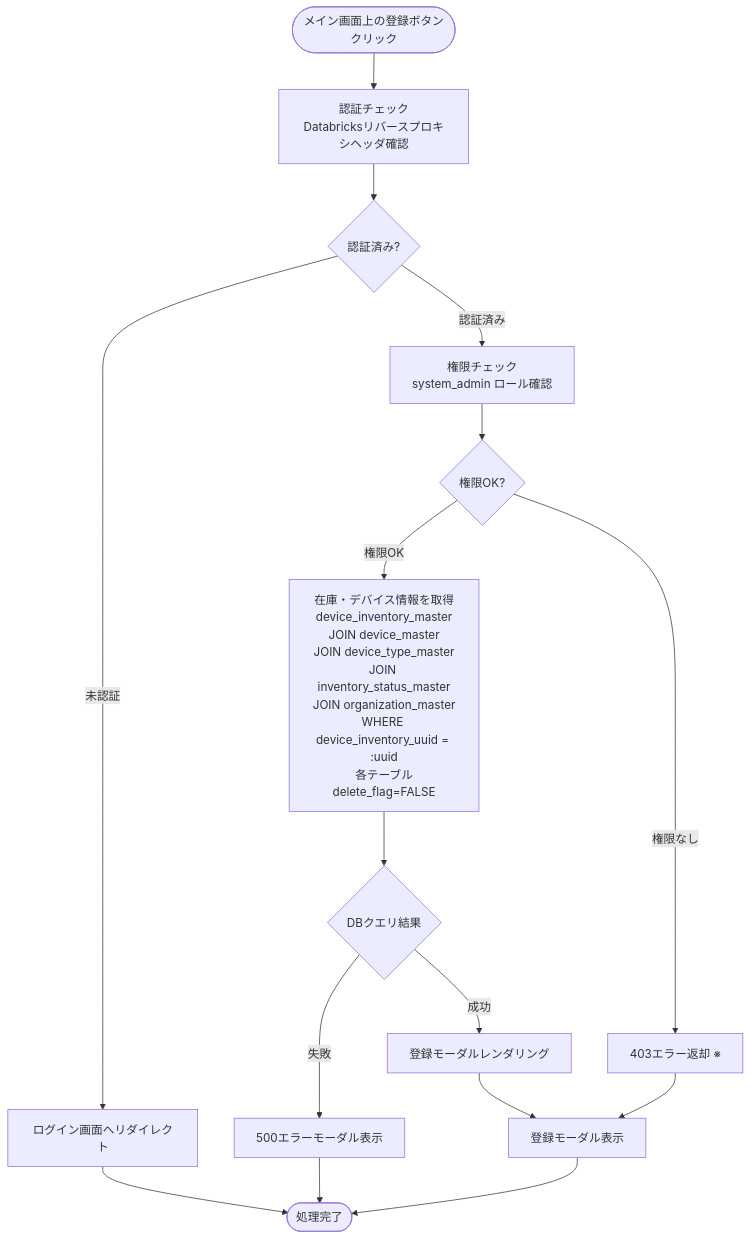
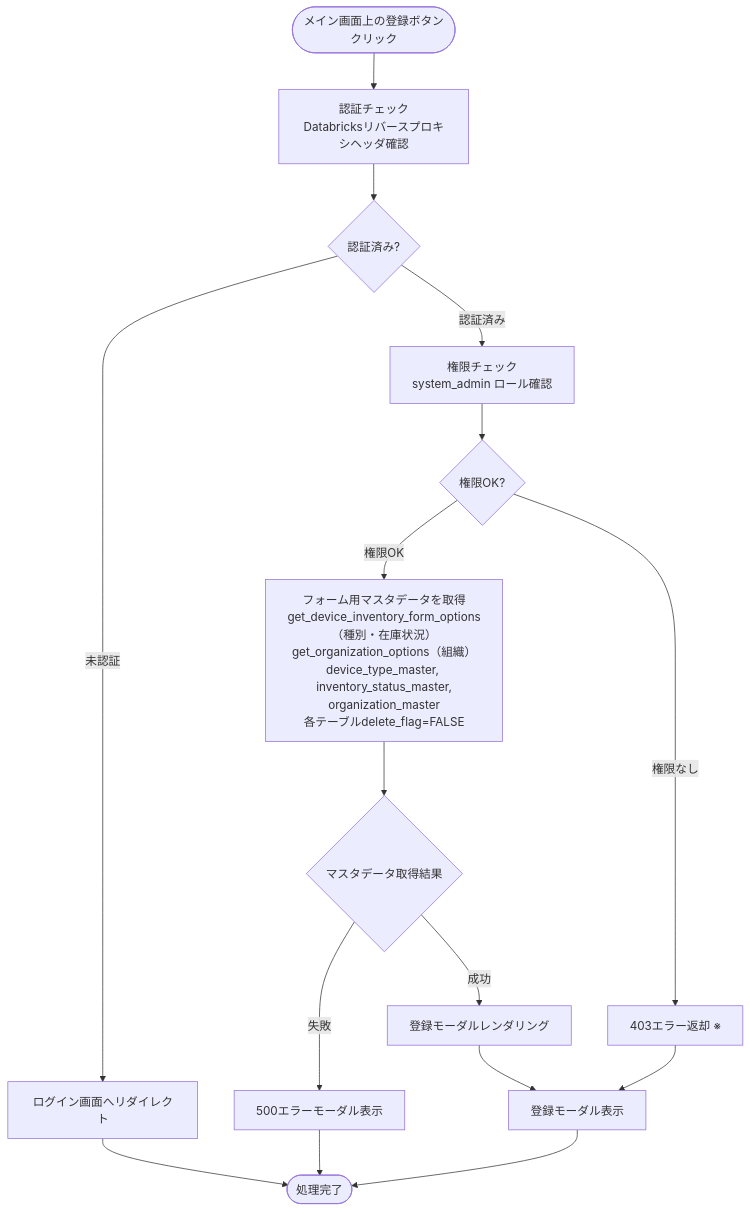
One commit to NSW-SVCP-AIWG002/Databricks-IoT changed the third of 9 diagrams in docs/03-features/flask-app/device-inventory/workflow-specification.md. Above: the diagram before and after it, drawn with Mermaid. The commit also changed other lines of this file and 3 other files, not shown here.

````diff
--- a/docs/03-features/flask-app/device-inventory/workflow-specification.md
+++ b/docs/03-features/flask-app/device-inventory/workflow-specification.md
@@ -524,24 +562,24 @@
 ```mermaid
 flowchart TD
     Start([メイン画面上の登録ボタン<br>クリック]) --> Auth[認証チェック<br>Databricksリバースプロキシヘッダ確認]
     Auth --> CheckAuth{認証済み?}
     CheckAuth -->|未認証| Error401[ログイン画面へリダイレクト]
     Error401 --> End([処理完了])
 
     CheckAuth -->|認証済み| Permission[権限チェック<br>system_admin ロール確認]
     Permission --> CheckPerm{権限OK?}
 
-    CheckPerm -->|権限OK| LoadMaster[在庫・デバイス情報を取得<br>device_inventory_master<br>JOIN device_master<br>JOIN device_type_master<br>JOIN inventory_status_master<br>JOIN organization_master<br>WHERE device_inventory_uuid = :uuid<br>各テーブルdelete_flag=FALSE]
-    LoadMaster --> QueryDB{DBクエリ結果}
+    CheckPerm -->|権限OK| LoadMaster[フォーム用マスタデータを取得<br>get_device_inventory_form_options（種別・在庫状況）<br>get_organization_options（組織）<br>device_type_master, inventory_status_master,<br>organization_master<br>各テーブルdelete_flag=FALSE]
+    LoadMaster --> QueryDB{マスタデータ取得結果}
 
     QueryDB -->|失敗| Error500[500エラーモーダル表示]
     Error500 --> End
 
     QueryDB -->|成功| Template[登録モーダルレンダリング]
     Template --> Response[登録モーダル表示]
 
     CheckPerm -->|権限なし| Error403[403エラー返却 ※]
     Error403 --> Response
 
     Response --> End
 ```
````
